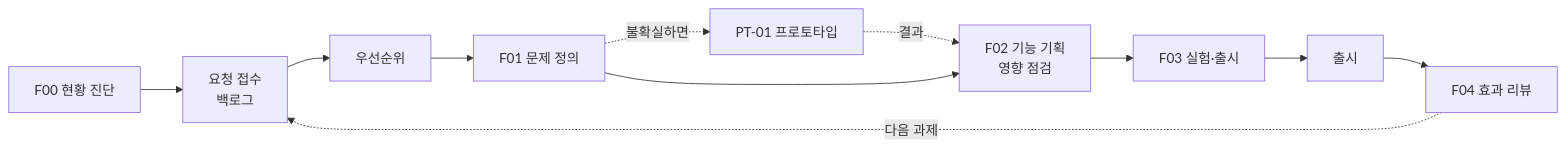
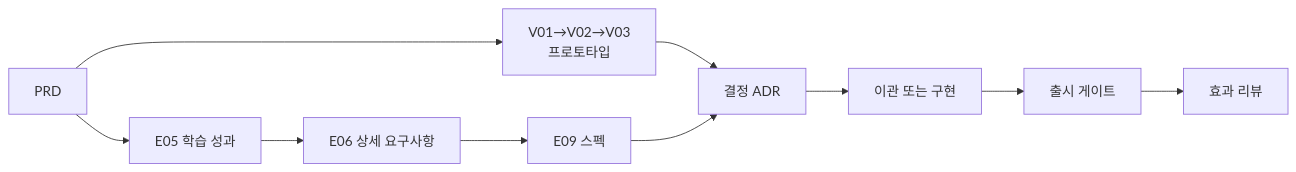
Before and after one commit to rey-hailey/agent-driven-edpm: the diagram in guide/14.AtoZ사용가이드.md, drawn with Mermaid. The commit also changed other lines of this file and 253 other files, not shown here.

````diff
--- a/guide/14.AtoZ사용가이드.md
+++ b/guide/14.AtoZ사용가이드.md
@@ -342,13 +136,10 @@
 ```mermaid
 graph LR
-    A[F00 현황 진단] --> B[요청 접수<br/>백로그]
-    B --> C[우선순위]
-    C --> D[F01 문제 정의]
-    D -.불확실하면.-> P[PT-01 프로토타입]
-    P -.결과.-> E
-    D --> E[F02 기능 기획<br/>영향 점검]
-    E --> F[F03 실험·출시]
-    F --> G[출시]
-    G --> H[F04 효과 리뷰]
-    H -.다음 과제.-> B
+    PRD[PRD] --> E05[E05 학습 성과] --> E06[E06 상세 요구사항] --> E09[E09 스펙]
+    PRD --> V[V01→V02→V03<br/>프로토타입]
+    V --> D[결정 ADR]
+    E09 --> D
+    D --> H[이관 또는 구현]
+    H --> R[출시 게이트]
+    R --> F[효과 리뷰]
 ```
````
